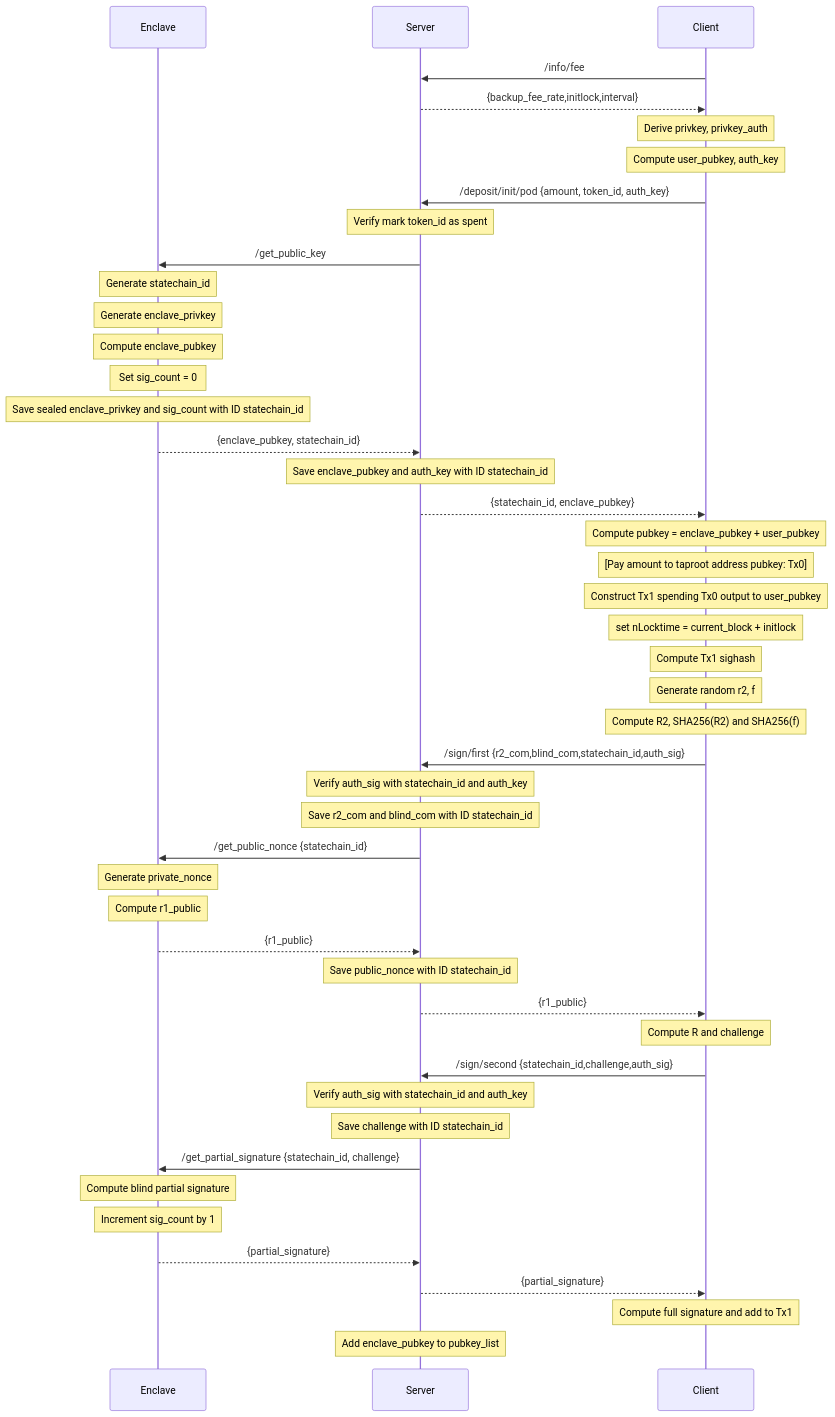
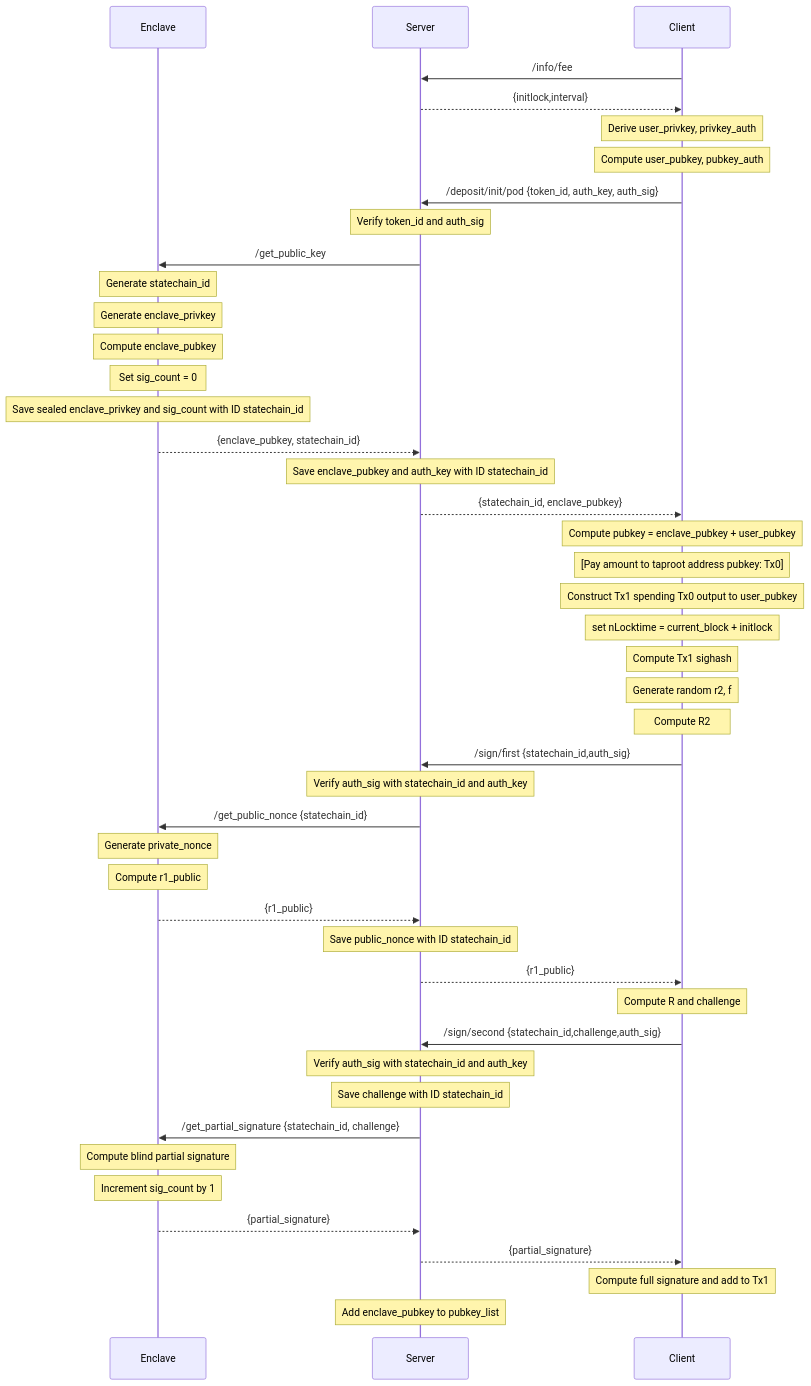
The diagram in docs/deposit_sequence.md (commerceblock/mercurylayer), drawn with Mermaid before and after one commit.

````diff
--- a/docs/deposit_sequence.md
+++ b/docs/deposit_sequence.md
@@ -3,48 +3,47 @@
 ```mermaid
 sequenceDiagram
     participant Enclave
     participant Server
     participant Client
     Client->>Server: /info/fee
-    Server-->>Client: {backup_fee_rate,initlock,interval}
-    note over Client: Derive privkey, privkey_auth
-    note over Client: Compute user_pubkey, auth_key
-    Client->>Server: /deposit/init/pod {amount, token_id, auth_key}
-    note over Server: Verify mark token_id as spent
+    Server-->>Client: {initlock,interval}
+    note over Client: Derive user_privkey, privkey_auth
+    note over Client: Compute user_pubkey, pubkey_auth
+    Client->>Server: /deposit/init/pod {token_id, auth_key, auth_sig}
+    note over Server: Verify token_id and auth_sig
     Server->>Enclave: /get_public_key
     note over Enclave: Generate statechain_id    
     note over Enclave: Generate enclave_privkey
     note over Enclave: Compute enclave_pubkey
     note over Enclave: Set sig_count = 0
     note over Enclave: Save sealed enclave_privkey and sig_count with ID statechain_id
     Enclave-->>Server: {enclave_pubkey, statechain_id}
     note over Server: Save enclave_pubkey and auth_key with ID statechain_id
-    Server-->>Client: {statechain_id, enclave_pubkey}    
+    Server-->>Client: {statechain_id, enclave_pubkey}
     note over Client: Compute pubkey = enclave_pubkey + user_pubkey
     note over Client: [Pay amount to taproot address pubkey: Tx0]
     note over Client: Construct Tx1 spending Tx0 output to user_pubkey
     note over Client: set nLocktime = current_block + initlock
     note over Client: Compute Tx1 sighash
     note over Client: Generate random r2, f 
-    note over Client: Compute R2, SHA256(R2) and SHA256(f)
-    Client->>Server: /sign/first {r2_com,blind_com,statechain_id,auth_sig}
+    note over Client: Compute R2
+    Client->>Server: /sign/first {statechain_id,auth_sig}
     note over Server: Verify auth_sig with statechain_id and auth_key
-    note over Server: Save r2_com and blind_com with ID statechain_id
     Server->>Enclave: /get_public_nonce {statechain_id}
     note over Enclave: Generate private_nonce
     note over Enclave: Compute r1_public
     Enclave-->>Server: {r1_public}
     note over Server: Save public_nonce with ID statechain_id
     Server-->>Client: {r1_public}
     note over Client: Compute R and challenge
     Client->>Server: /sign/second {statechain_id,challenge,auth_sig}
     note over Server: Verify auth_sig with statechain_id and auth_key
     note over Server: Save challenge  with ID statechain_id
     Server->>Enclave: /get_partial_signature {statechain_id, challenge}
     note over Enclave: Compute blind partial signature
     note over Enclave: Increment sig_count by 1
     Enclave-->>Server: {partial_signature}
     Server-->>Client: {partial_signature}
     note over Client: Compute full signature and add to Tx1
     note over Server: Add enclave_pubkey to pubkey_list
 ```
````
